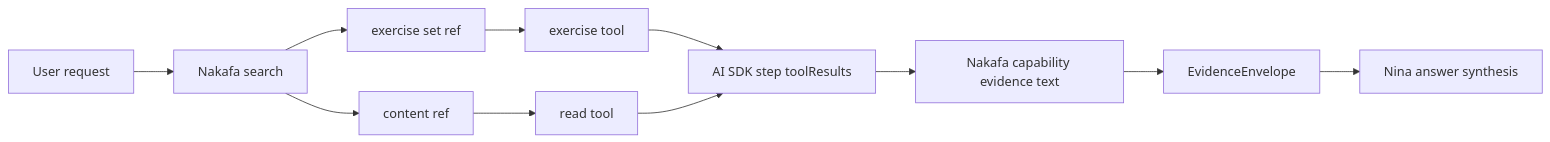
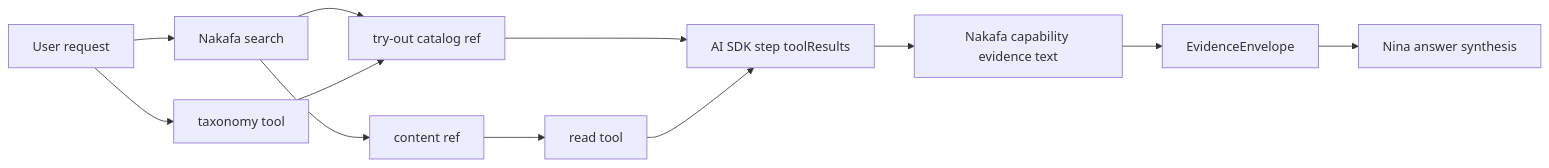
One commit to nakafaai/nakafa.com changed the third of 3 diagrams in packages/ai/agents/docs/architecture.md. Above: the diagram before and after it, drawn with Mermaid. The commit also changed other lines of this file and 5746 other files, not shown here.

First line of the commit message:
Rework try-out architecture and runtime

````diff
--- a/packages/ai/agents/docs/architecture.md
+++ b/packages/ai/agents/docs/architecture.md
@@ -78,13 +78,14 @@
 ```mermaid
 flowchart LR
   User["User request"] --> Search["Nakafa search"]
-  Search --> SetRef["exercise set ref"]
+  User --> Taxonomy["taxonomy tool"]
+  Search --> TryoutRef["try-out catalog ref"]
   Search --> ReadRef["content ref"]
-  SetRef --> Exercise["exercise tool"]
+  Taxonomy --> TryoutRef
   ReadRef --> Read["read tool"]
-  Exercise --> StepResults["AI SDK step toolResults"]
+  TryoutRef --> StepResults["AI SDK step toolResults"]
   Read --> StepResults
   StepResults --> Evidence["Nakafa capability evidence text"]
   Evidence --> Envelope["EvidenceEnvelope"]
   Envelope --> Final["Nina answer synthesis"]
 ```
````
